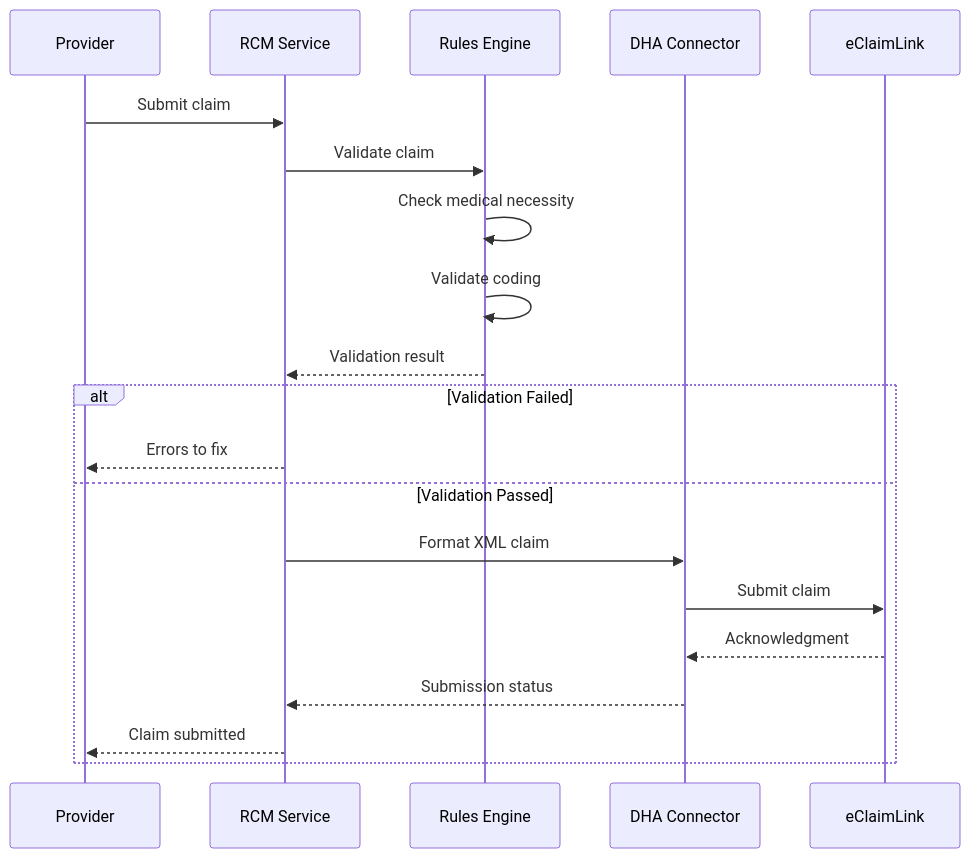
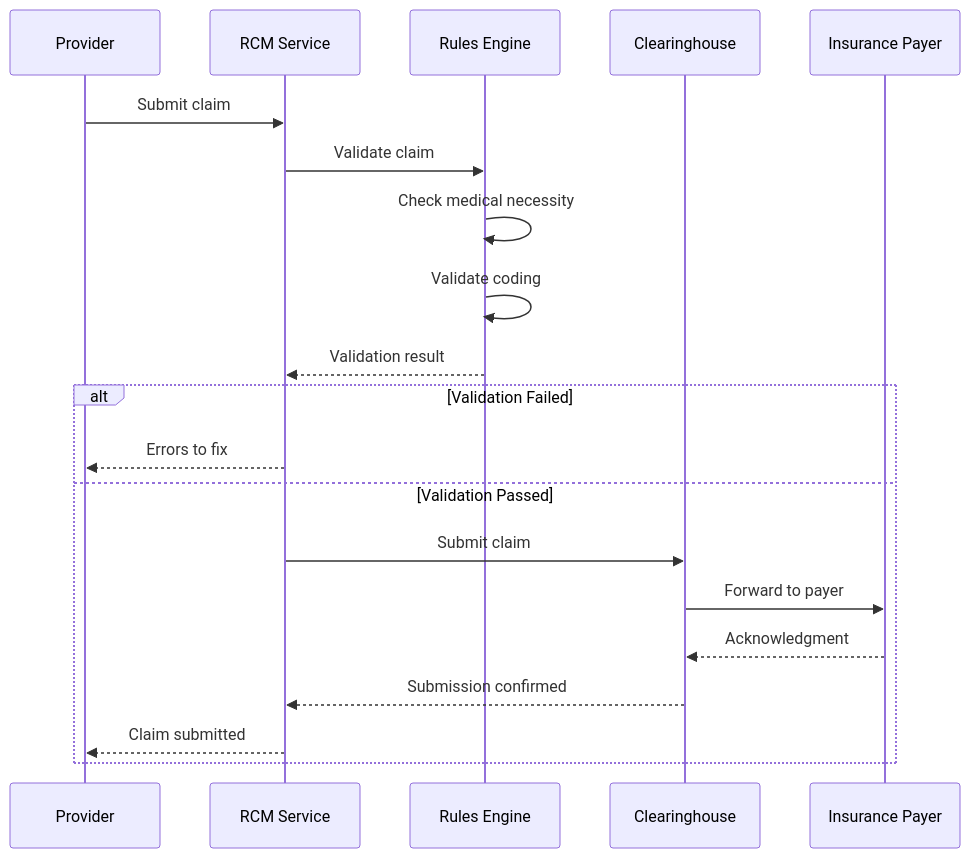
Before and after one commit to daivahealth/athma-ce: the ninth of 15 diagrams in docs/architecture/TECHNICAL-ARCHITECTURE.md, drawn with Mermaid. The commit also changed other lines of this file, not shown here.

Commit message:
High Level Diagram available

````diff
--- a/docs/architecture/TECHNICAL-ARCHITECTURE.md
+++ b/docs/architecture/TECHNICAL-ARCHITECTURE.md
@@ -899,24 +735,24 @@
 ```mermaid
 sequenceDiagram
     participant Provider
     participant RCM as RCM Service
     participant Rules as Rules Engine
-    participant DHA as DHA Connector
-    participant eClaimLink
+    participant CH as Clearinghouse
+    participant Payer as Insurance Payer
 
     Provider->>RCM: Submit claim
     RCM->>Rules: Validate claim
     Rules->>Rules: Check medical necessity
     Rules->>Rules: Validate coding
     Rules-->>RCM: Validation result
     
     alt Validation Failed
         RCM-->>Provider: Errors to fix
     else Validation Passed
-        RCM->>DHA: Format XML claim
-        DHA->>eClaimLink: Submit claim
-        eClaimLink-->>DHA: Acknowledgment
-        DHA-->>RCM: Submission status
+        RCM->>CH: Submit claim
+        CH->>Payer: Forward to payer
+        Payer-->>CH: Acknowledgment
+        CH-->>RCM: Submission confirmed
         RCM-->>Provider: Claim submitted
     end
 ```
````
